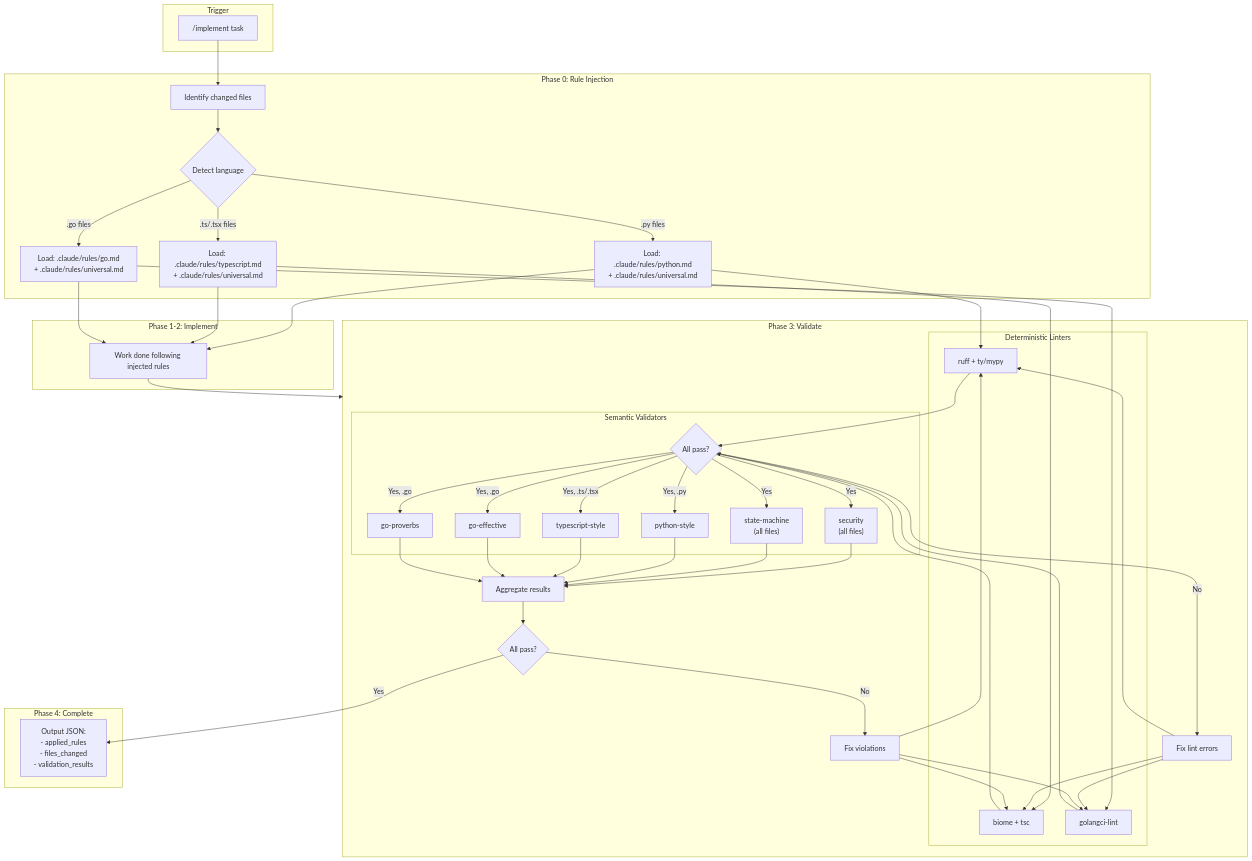
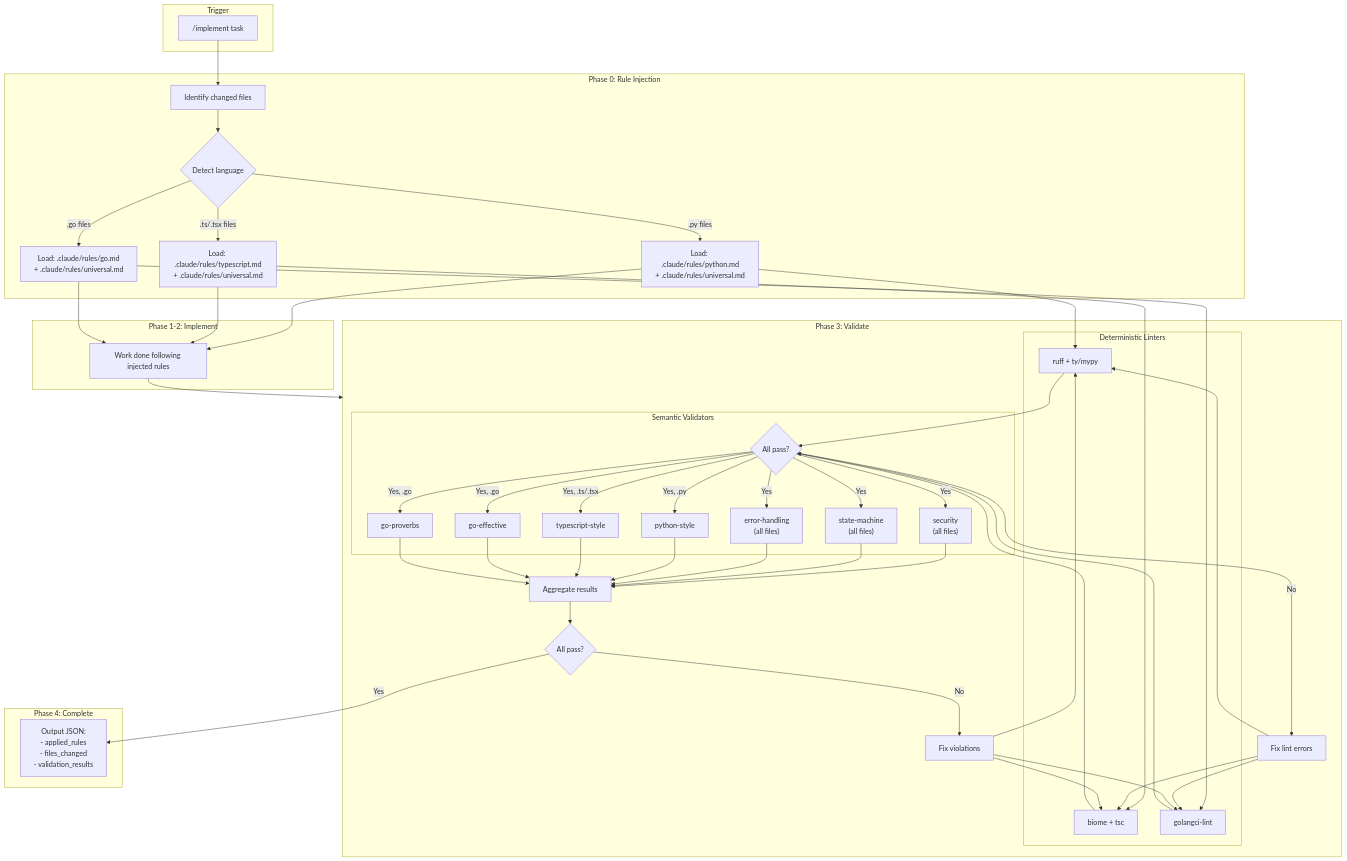
The second of 7 diagrams in ARCHITECTURE.md (peteski22/agent-pragma), drawn with Mermaid before and after one commit. The commit also changed other lines of this file, not shown here.

First line of the commit message:
Add error-handling validator to ARCHITECTURE.md

````diff
--- a/ARCHITECTURE.md
+++ b/ARCHITECTURE.md
@@ -157,54 +159,55 @@
 ```mermaid
 flowchart TB
     subgraph Trigger["Trigger"]
         Start["/implement task"]
     end
 
     subgraph Phase0["Phase 0: Rule Injection"]
         P0[Identify changed files]
         P0 --> DetectLang{Detect language}
 
         DetectLang -->|.py files| PyRules["Load: .claude/rules/python.md<br/>+ .claude/rules/universal.md"]
         DetectLang -->|.ts/.tsx files| TSRules["Load: .claude/rules/typescript.md<br/>+ .claude/rules/universal.md"]
         DetectLang -->|.go files| GoRules["Load: .claude/rules/go.md<br/>+ .claude/rules/universal.md"]
     end
 
     subgraph Phase12["Phase 1-2: Implement"]
         Impl[Work done following injected rules]
     end
 
     subgraph Phase3["Phase 3: Validate"]
         subgraph DetChecks["Deterministic Linters"]
             PyRules --> PyLint["ruff + ty/mypy"]
             TSRules --> TSLint["biome + tsc"]
             GoRules --> GoLint["golangci-lint"]
         end
 
         PyLint & TSLint & GoLint --> LintPass{All pass?}
         LintPass -->|No| FixLint[Fix lint errors]
         FixLint --> PyLint & TSLint & GoLint
 
         subgraph SemVal["Semantic Validators"]
             LintPass -->|Yes| SecVal["security<br/>(all files)"]
             LintPass -->|Yes| StmVal["state-machine<br/>(all files)"]
+            LintPass -->|Yes| ErrVal["error-handling<br/>(all files)"]
 
             LintPass -->|Yes, .py| PyStyle["python-style"]
             LintPass -->|Yes, .ts/.tsx| TSStyle["typescript-style"]
             LintPass -->|Yes, .go| GoEff["go-effective"]
             LintPass -->|Yes, .go| GoProv["go-proverbs"]
         end
 
-        SecVal & StmVal & PyStyle & TSStyle & GoEff & GoProv --> Agg[Aggregate results]
+        SecVal & StmVal & ErrVal & PyStyle & TSStyle & GoEff & GoProv --> Agg[Aggregate results]
         Agg --> ValPass{All pass?}
         ValPass -->|No| FixViol[Fix violations]
         FixViol --> PyLint & TSLint & GoLint
     end
 
     subgraph Phase4["Phase 4: Complete"]
         ValPass -->|Yes| Output["Output JSON:<br/>- applied_rules<br/>- files_changed<br/>- validation_results"]
     end
 
     Start --> P0
     PyRules & TSRules & GoRules --> Impl
     Impl --> Phase3
 ```
````
